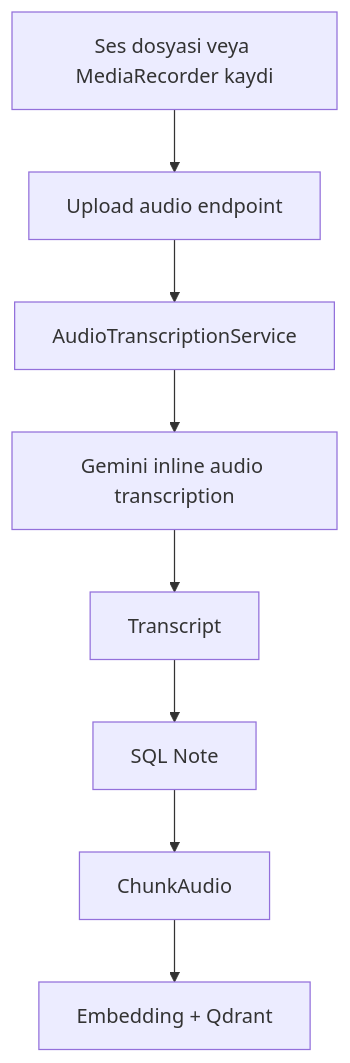
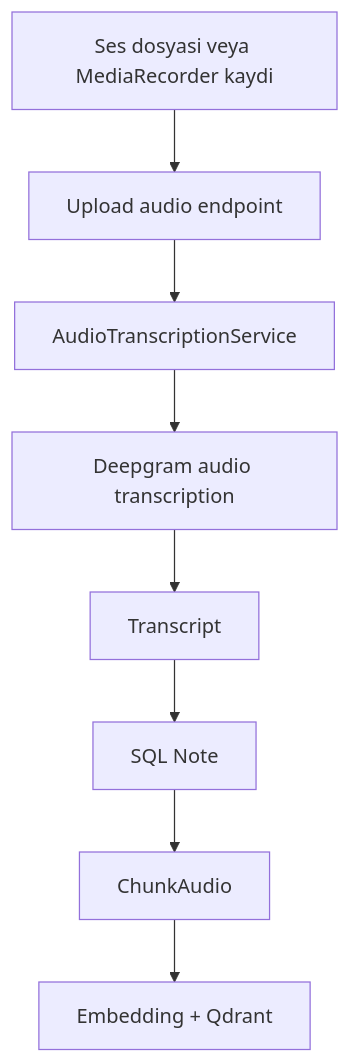
The second of 2 diagrams in tez-dokumantasyonu/09-ingestion-dosya-ses-pdf.md (semhtemiz/NotisightApp), drawn with Mermaid before and after one commit. The commit also changed 38 other files, not shown here.

````diff
--- a/tez-dokumantasyonu/09-ingestion-dosya-ses-pdf.md
+++ b/tez-dokumantasyonu/09-ingestion-dosya-ses-pdf.md
@@ -34,10 +34,10 @@
 ```mermaid
 flowchart TD
     A[Ses dosyasi veya MediaRecorder kaydi] --> B[Upload audio endpoint]
     B --> C[AudioTranscriptionService]
-    C --> D[Gemini inline audio transcription]
+    C --> D[Deepgram audio transcription]
     D --> E[Transcript]
     E --> F[SQL Note]
     F --> G[ChunkAudio]
     G --> H[Embedding + Qdrant]
 ```
````
